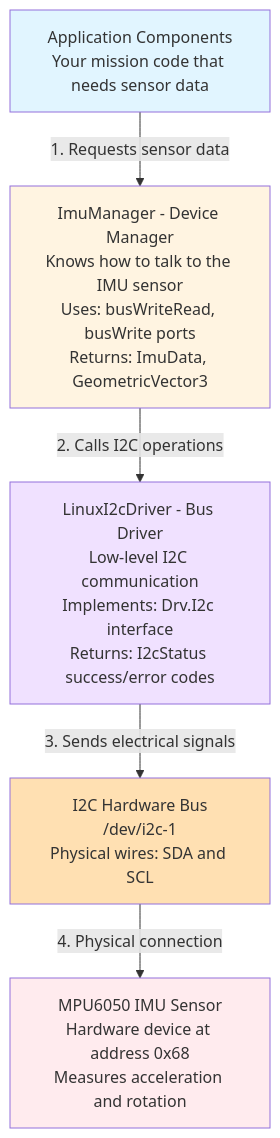
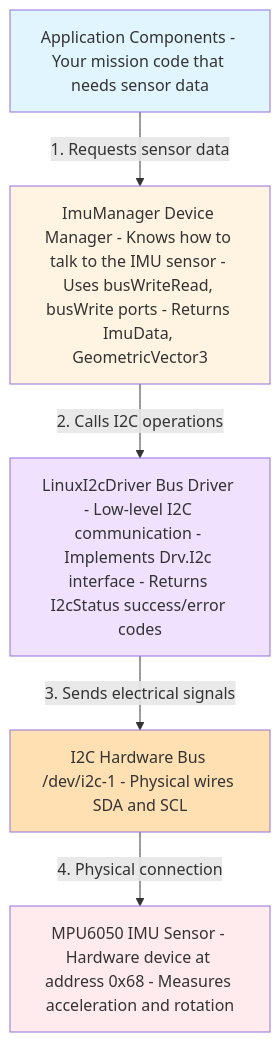
The first of 5 diagrams in docs/diagrams/overview.md (phantom-man/PROVES_LIBRARY), drawn with Mermaid before and after one commit. The commit also changed other lines of this file and 4 other files, not shown here.

Commit message:
Fix all <br/> tags and colons in mermaid diagrams

````diff
--- a/docs/diagrams/overview.md
+++ b/docs/diagrams/overview.md
@@ -39,23 +39,23 @@
 ```mermaid
 flowchart TB
-    APP[Application Components<br/>Your mission code that needs sensor data]
+    APP[Application Components - Your mission code that needs sensor data]
 
-    DM[ImuManager - Device Manager<br/>Knows how to talk to the IMU sensor<br/>Uses: busWriteRead, busWrite ports<br/>Returns: ImuData, GeometricVector3]
+    DM[ImuManager Device Manager - Knows how to talk to the IMU sensor - Uses busWriteRead, busWrite ports - Returns ImuData, GeometricVector3]
 
-    BD[LinuxI2cDriver - Bus Driver<br/>Low-level I2C communication<br/>Implements: Drv.I2c interface<br/>Returns: I2cStatus success/error codes]
+    BD[LinuxI2cDriver Bus Driver - Low-level I2C communication - Implements Drv.I2c interface - Returns I2cStatus success/error codes]
 
-    I2C_BUS[I2C Hardware Bus<br/>/dev/i2c-1<br/>Physical wires: SDA and SCL]
+    I2C_BUS[I2C Hardware Bus /dev/i2c-1 - Physical wires SDA and SCL]
 
-    HW[MPU6050 IMU Sensor<br/>Hardware device at address 0x68<br/>Measures acceleration and rotation]
+    HW[MPU6050 IMU Sensor - Hardware device at address 0x68 - Measures acceleration and rotation]
 
     APP -->|"1. Requests sensor data"| DM
     DM -->|"2. Calls I2C operations"| BD
     BD -->|"3. Sends electrical signals"| I2C_BUS
     I2C_BUS -->|"4. Physical connection"| HW
 
     style APP fill:#e1f5ff
     style DM fill:#fff4e1
     style BD fill:#f0e1ff
     style I2C_BUS fill:#ffe0b2
     style HW fill:#ffebee
 ```
````
